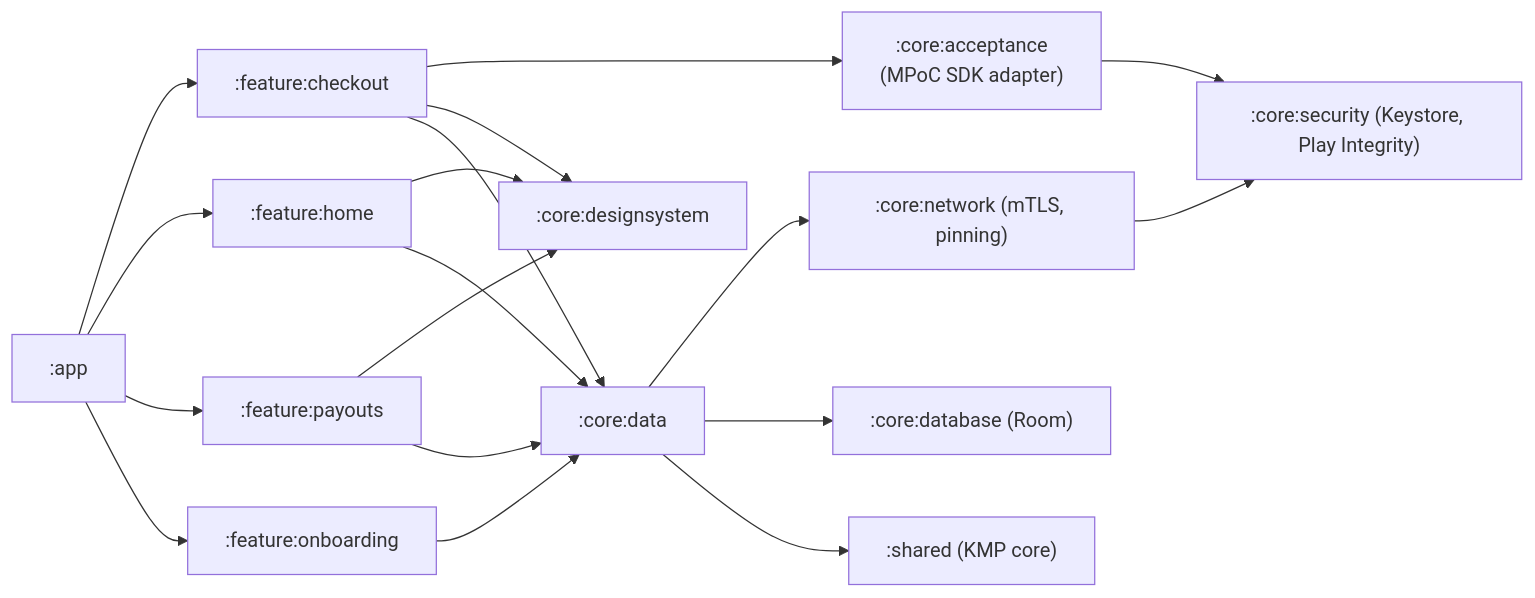
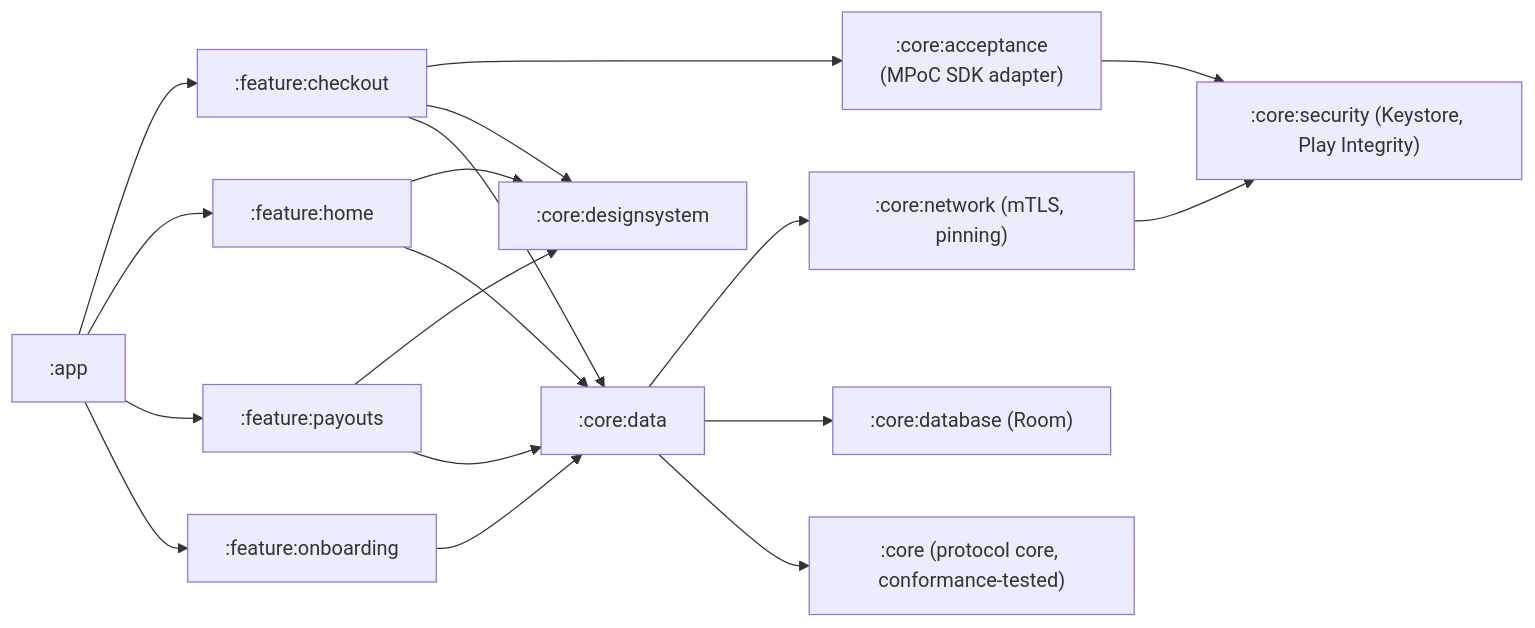
One commit to monolito123/Gooners changed the second of 6 diagrams in payments/docs/05-mobile.md. Above: the diagram before and after it, drawn with Mermaid. The commit also changed other lines of this file and 39 other files, not shown here.

````diff
--- a/payments/docs/05-mobile.md
+++ b/payments/docs/05-mobile.md
@@ -58,20 +63,20 @@
 ```mermaid
 flowchart LR
   app[":app"] --> fcheckout[":feature:checkout"]
   app --> fhome[":feature:home"]
   app --> fpayout[":feature:payouts"]
   app --> fonb[":feature:onboarding"]
   fcheckout --> acceptance[":core:acceptance<br/>(MPoC SDK adapter)"]
   fcheckout --> designsystem[":core:designsystem"]
   fhome --> designsystem
   fpayout --> designsystem
   fcheckout --> data[":core:data"]
   fhome --> data
   fpayout --> data
   fonb --> data
   data --> network[":core:network (mTLS, pinning)"]
   data --> db[":core:database (Room)"]
-  data --> shared[":shared (KMP core)"]
+  data --> shared[":core (protocol core, conformance-tested)"]
   acceptance --> security[":core:security (Keystore, Play Integrity)"]
   network --> security
 ```
````
